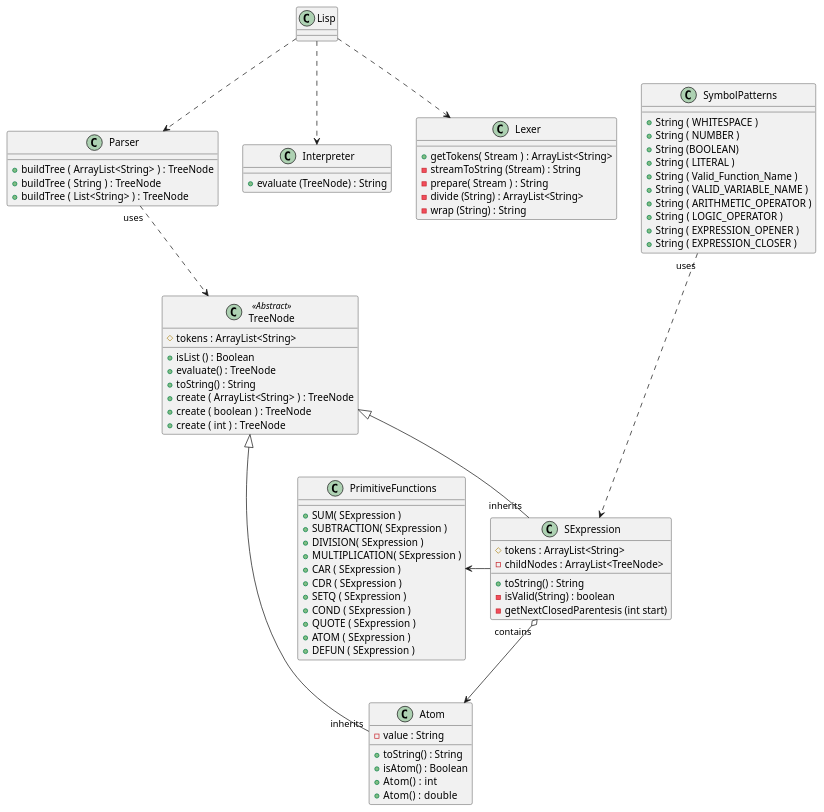
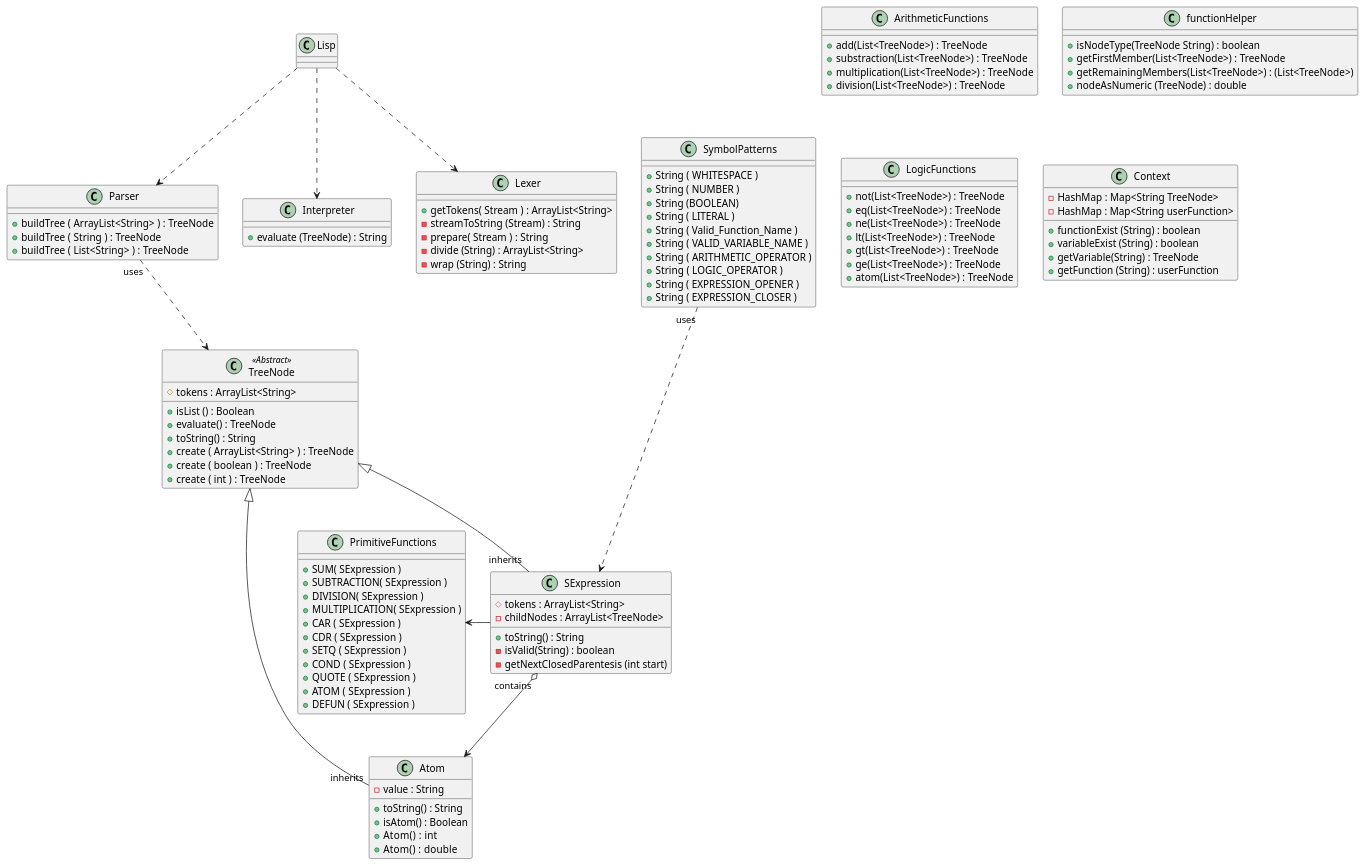
The diagram in classesUML.puml (DiegoLinares11/LISP-Project), drawn with PlantUML before and after one commit.

```diff
--- a/classesUML.puml
+++ b/classesUML.puml
@@ -1,108 +1,145 @@
 @startuml
 'https://plantuml.com/class-diagram
 
 class Lisp
 class Lexer
 class Parser
 class Interpreter
-
+class ArithmeticFunctions
+class functionHelper
+class LogicFunctions
+class Context
 Lisp ..> Lexer
 Lisp ..> Parser
 Lisp ..> Interpreter
 
 abstract class TreeNode
 class Atom
 class SExpression
 
 class PrimitiveFunctions
 class SymbolPatterns{
    + String ( WHITESPACE )
    + String ( NUMBER )
    + String (BOOLEAN)
    + String ( LITERAL )
    + String ( Valid_Function_Name )
    + String ( VALID_VARIABLE_NAME )
    + String ( ARITHMETIC_OPERATOR )
    + String ( LOGIC_OPERATOR )
    + String ( EXPRESSION_OPENER )
    + String ( EXPRESSION_CLOSER )
 
 
 
 }
 
 Parser "uses" ..> TreeNode
 SymbolPatterns "uses" ...> SExpression
 TreeNode <|-- "inherits" Atom
 TreeNode <|-- "inherits" SExpression
 SExpression "contains" o--> Atom
  PrimitiveFunctions <- SExpression
 
 class Lexer {
     + getTokens( Stream ) : ArrayList<String>
     - streamToString (Stream) : String
     - prepare( Stream ) : String
     - divide (String) : ArrayList<String>
     - wrap (String) : String
 
 }
 
 class Parser {
     + buildTree ( ArrayList<String> ) : TreeNode
     + buildTree ( String ) : TreeNode
     + buildTree ( List<String> ) : TreeNode
 
 
 }
 
 class Interpreter {
     + evaluate (TreeNode) : String
 }
 
 class TreeNode <<Abstract>>{
     # tokens : ArrayList<String>
     + isList () : Boolean
     + evaluate() : TreeNode
     + toString() : String
     + create ( ArrayList<String> ) : TreeNode
     + create ( boolean ) : TreeNode
     + create ( int ) : TreeNode
 
 }
 
 class Atom {
     - value : String
     + toString() : String
     + isAtom() : Boolean
     + Atom() :  int
     + Atom() :  double
 
 
 
 
 }
 
 class SExpression {
     'Talvez los tokens no sen necesarios'
     # tokens : ArrayList<String>
     - childNodes : ArrayList<TreeNode>
     + toString() : String
     - isValid(String) : boolean
     - getNextClosedParentesis (int start)
 }
 
 class PrimitiveFunctions{
    + SUM( SExpression )
    + SUBTRACTION( SExpression )
    + DIVISION( SExpression )
    + MULTIPLICATION( SExpression )
    + CAR ( SExpression )
    + CDR ( SExpression )
    + SETQ ( SExpression )
    + COND ( SExpression )
    + QUOTE ( SExpression )
    + ATOM ( SExpression )
    + DEFUN ( SExpression )
 
 }
+class ArithmeticFunctions{
+    + add(List<TreeNode>) : TreeNode
+    + substraction(List<TreeNode>) : TreeNode
+    + multiplication(List<TreeNode>) : TreeNode
+    + division(List<TreeNode>) : TreeNode
+
+}
+class functionHelper{
+    + isNodeType(TreeNode String) : boolean
+    + getFirstMember(List<TreeNode>) : TreeNode
+    + getRemainingMembers(List<TreeNode>) : (List<TreeNode>)
+    + nodeAsNumeric (TreeNode) : double
+
+}
+class LogicFunctions {
+    + not(List<TreeNode>) : TreeNode
+    + eq(List<TreeNode>) : TreeNode
+    + ne(List<TreeNode>) : TreeNode
+    + lt(List<TreeNode>) : TreeNode
+    + gt(List<TreeNode>) : TreeNode
+    + ge(List<TreeNode>) : TreeNode
+    + atom(List<TreeNode>) : TreeNode
+
+}
+class Context{
+    -HashMap : Map<String TreeNode>
+    -HashMap : Map<String userFunction>
+    +functionExist (String) : boolean
+    + variableExist (String) : boolean
+    +getVariable(String) : TreeNode
+    +getFunction (String) : userFunction
+
+}
+
 @enduml
```
